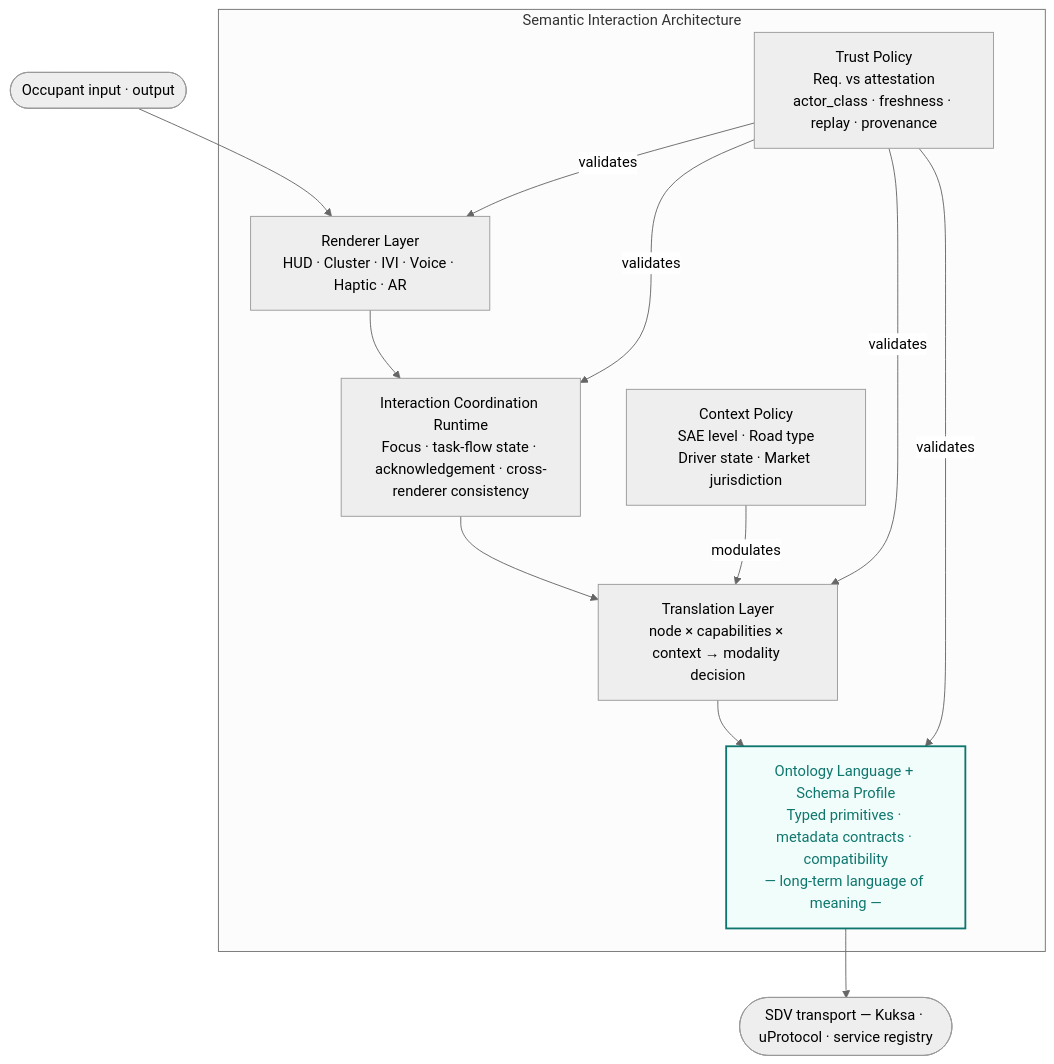
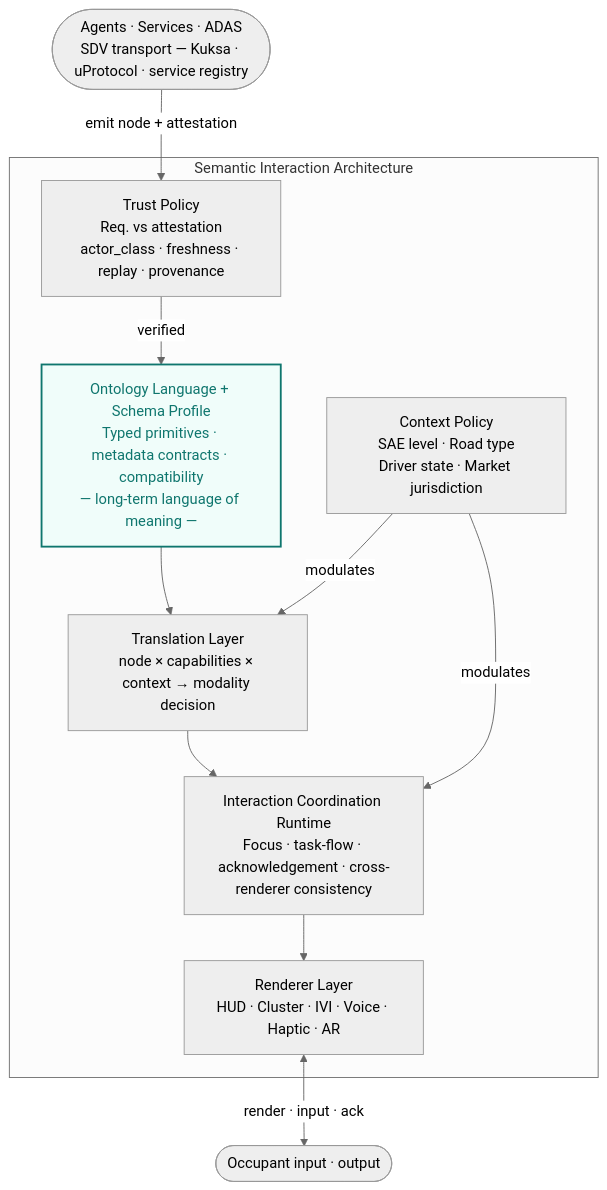
The second of 3 diagrams in 01_Semantic-Interaction-Architecture-sdv.md (yaneczech/SIA), drawn with Mermaid (neutral theme) before and after one commit. The commit also changed other lines of this file and 2 other files, not shown here.

Commit message:
Redesign mediation architecture diagram (Fig 2 / WiP Fig 1)
Flow now shows runtime direction: Agents/ADAS → Trust Policy (gate) →
Ontology → Translation → Runtime → Renderer ↔ Occupant.

Key changes:
- Trust Policy is a gate at SIA entry, not a multi-layer validator
- RT → R (Runtime directs Renderer, not the other way)
- Context Policy modulates both Translation and Runtime
- Agents/Services/ADAS added as explicit external producers
- Caption and §3 prose updated to match new flow logic in all three files

````diff
--- a/01_Semantic-Interaction-Architecture-sdv.md
+++ b/01_Semantic-Interaction-Architecture-sdv.md
@@ -90,27 +92,25 @@
 ```mermaid
 graph TB
+    EXT2(["Agents · Services · ADAS\nSDV transport — Kuksa · uProtocol · service registry"])
     EXT1(["Occupant input · output"])
-    EXT2(["SDV transport — Kuksa · uProtocol · service registry"])
 
     subgraph SIA ["Semantic Interaction Architecture"]
         TL["Trust Policy\nReq. vs attestation\nactor_class · freshness · replay · provenance"]
+        O["Ontology Language + Schema Profile\nTyped primitives · metadata contracts · compatibility\n— long-term language of meaning —"]
         CE["Context Policy\nSAE level · Road type\nDriver state · Market jurisdiction"]
+        T["Translation Layer\nnode × capabilities × context → modality decision"]
+        RT["Interaction Coordination Runtime\nFocus · task-flow · acknowledgement · cross-renderer consistency"]
         R["Renderer Layer\nHUD · Cluster · IVI · Voice · Haptic · AR"]
-        RT["Interaction Coordination Runtime\nFocus · task-flow state · acknowledgement · cross-renderer consistency"]
-        T["Translation Layer\nnode × capabilities × context → modality decision"]
-        O["Ontology Language + Schema Profile\nTyped primitives · metadata contracts · compatibility\n— long-term language of meaning —"]
     end
 
-    EXT1 --> R
-    R --> RT
-    RT --> T
-    T --> O
-    O --> EXT2
+    EXT2 -->|"emit node + attestation"| TL
+    TL -->|"verified"| O
+    O --> T
     CE -->|"modulates"| T
-    TL -->|"validates"| R
-    TL -->|"validates"| RT
-    TL -->|"validates"| T
-    TL -->|"validates"| O
+    CE -->|"modulates"| RT
+    T --> RT
+    RT --> R
+    R <-->|"render · input · ack"| EXT1
 
     style O fill:#f0fdfa,stroke:#0f766e,stroke-width:2px,color:#0f766e
 ```
````
